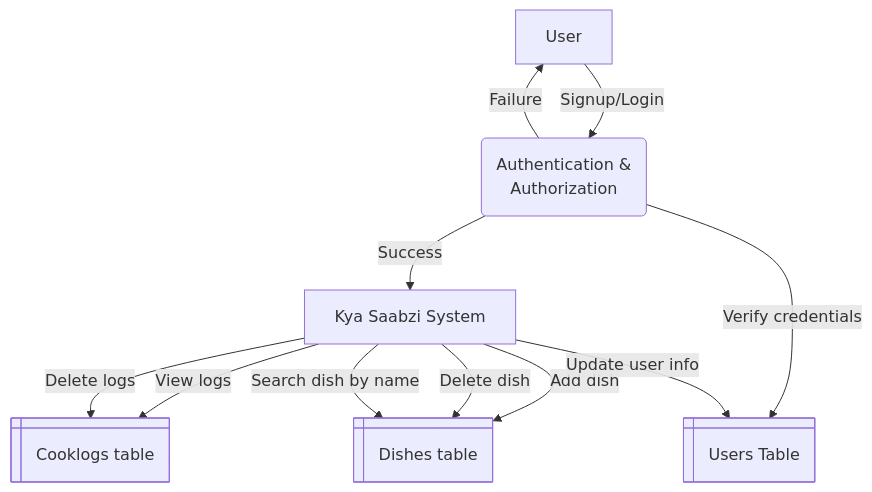
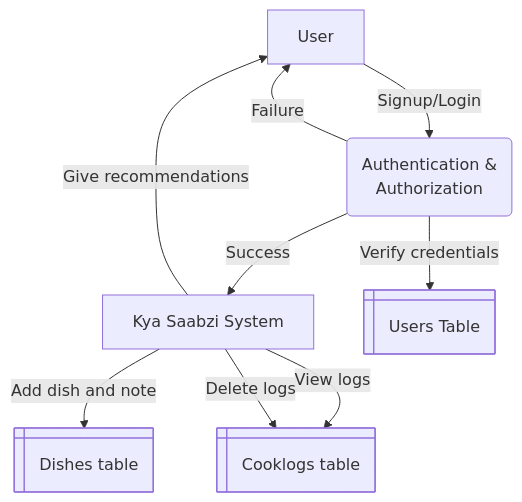
One commit to manav-gkmit/kya-saabzi-docs changed the second of 2 diagrams in docs/architecture/data-flow.md. Above: the diagram before and after it, drawn with Mermaid. The commit also changed other lines of this file and 10 other files, not shown here.

````diff
--- a/docs/architecture/data-flow.md
+++ b/docs/architecture/data-flow.md
@@ -22,18 +22,16 @@
 ```mermaid
 flowchart TB
     n1["User"] -- Signup/Login --> n2["Authentication &amp;<br>Authorization"]
     n2 -- Success --> n3["Kya Saabzi System"]
     n2 -- Failure --> n1
     n2 -- Verify credentials --> n4["Users Table"]
-    n3 -- Add dish --> n5["Dishes table"]
+    n3 -- Add dish and note --> n5["Dishes table"]
     n3 -- View logs --> n6["Cooklogs table"]
-    n3 -- Update user info --> n4
-    n3 -- Delete dish --> n5
+    n3 -- Give recommendations --> n1
     n3 -- Delete logs --> n6
-    n3 -- Search dish by name --> n5
     n1@{ shape: rect}
     n2@{ shape: event}
     n4@{ shape: internal-storage}
     n5@{ shape: internal-storage}
     n6@{ shape: internal-storage}
 ```
````
